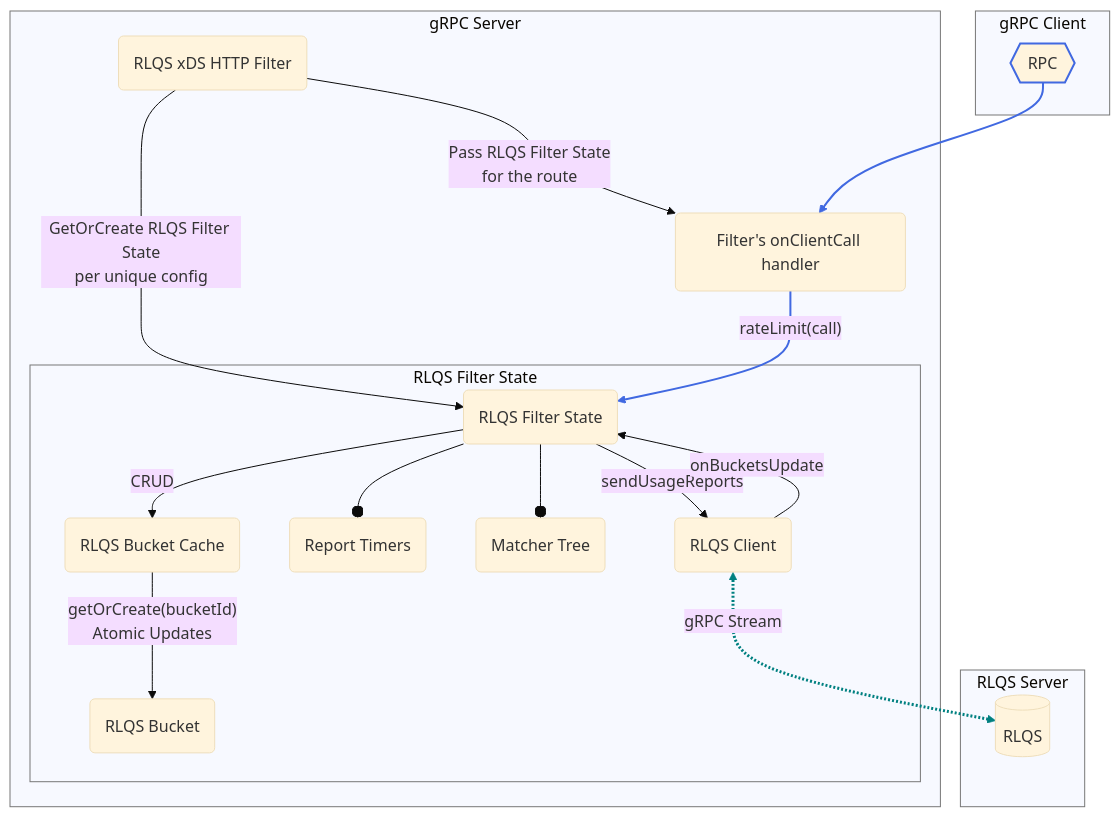
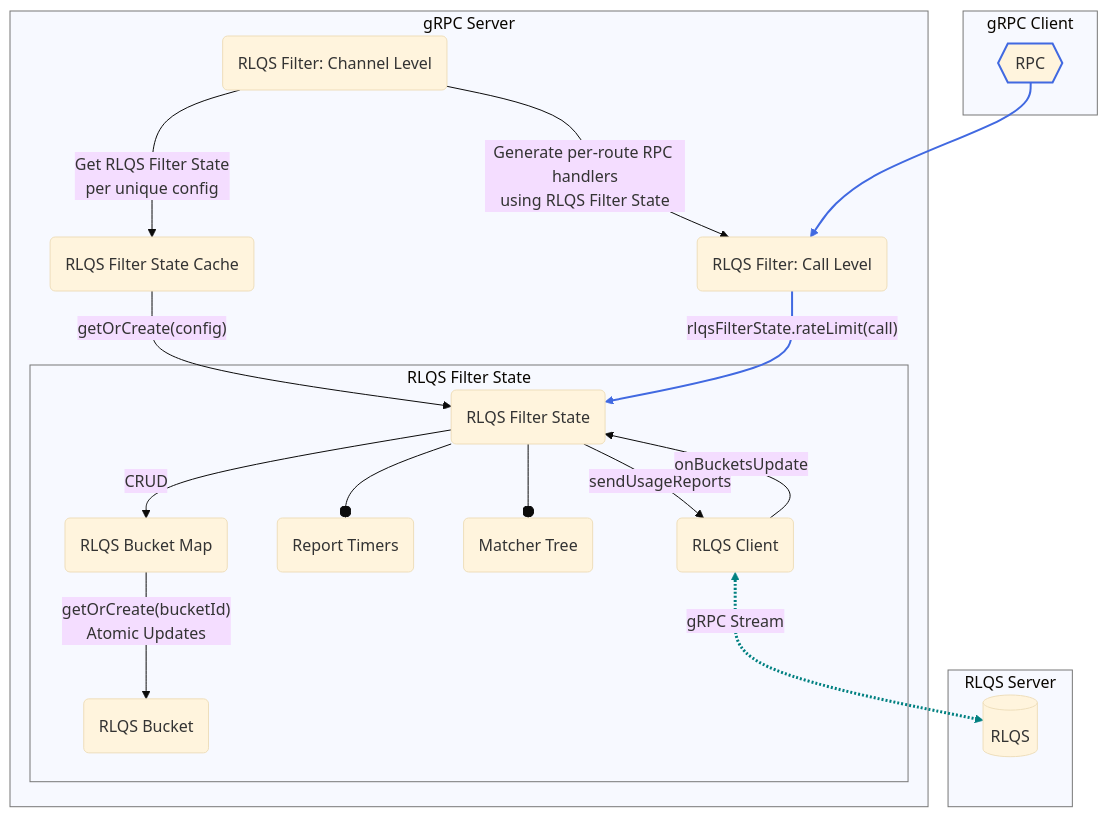
The diagram in A77-xds-rate-limiting-rlqs.md (sergiitk/grfc-proposal), drawn with Mermaid before and after one commit. The commit also changed other lines of this file, not shown here.

Commit message:
rlqs bucket cache -> rlqs bucket map

````diff
--- a/A77-xds-rate-limiting-rlqs.md
+++ b/A77-xds-rate-limiting-rlqs.md
@@ -78,43 +78,44 @@
 ```mermaid
 ---
 config:
   theme: base
   themeVariables:
     clusterBorder: "#777"
 ---
 graph TD
-%% RLQS Components Flowchart v9
+%% RLQS Components Flowchart v10
 
 %% == nodes ==
     subgraph grpc_client_box [gRPC Client]
         request{{RPC}}
     end
     subgraph rlqs_server_box [RLQS Server]
         rlqs[(RLQS)]
     end
     subgraph grpc_server_box [gRPC Server]
-        rlqs_filter(RLQS xDS HTTP Filter)
+        rlqs_filter(RLQS Filter: Channel Level)
+        rlqs_filter_state_cache(RLQS Filter State Cache)
         subgraph rlqs_filter_state_box [RLQS Filter State]
             rlqs_client(RLQS Client)
             rlqs_filter_state(RLQS Filter State)
             report_timers(Report Timers)
             matcher_tree(Matcher Tree)
-            rlqs_bucket_cache(RLQS Bucket Cache)
+            rlqs_bucket_map(RLQS Bucket Map)
             rlqs_bucket(RLQS Bucket)
         end
-        rpc_handler("Filter's onClientCall handler")
+        rpc_handler("RLQS Filter: Call Level")
     end
 %% == edges ==
-    rlqs_filter -- " GetOrCreate RLQS Filter State<br />per unique config " --> rlqs_filter_state
-    rlqs_filter -- " Pass RLQS Filter State<br />for the route " --> rpc_handler -- " rateLimit(call) " --> rlqs_filter_state
+    rlqs_filter -- "Get RLQS Filter State<br />per unique config" --> rlqs_filter_state_cache -- "getOrCreate(config)" --> rlqs_filter_state
+    rlqs_filter -- " Generate per-route RPC handlers<br />using RLQS Filter State " --> rpc_handler -- " rlqsFilterState.rateLimit(call) " --> rlqs_filter_state
     request --> rpc_handler
     rlqs_filter_state --o matcher_tree & report_timers
     rlqs_filter_state -- sendUsageReports --> rlqs_client
-    rlqs_filter_state -- CRUD --> rlqs_bucket_cache
+    rlqs_filter_state -- CRUD --> rlqs_bucket_map
     rlqs_client -- onBucketsUpdate --> rlqs_filter_state
-    rlqs_bucket_cache -- " getOrCreate(bucketId)<br />Atomic Updates " --> rlqs_bucket
+    rlqs_bucket_map -- " getOrCreate(bucketId)<br />Atomic Updates " --> rlqs_bucket
     rlqs_client <-. gRPC Stream .-> rlqs
     style request stroke: RoyalBlue, stroke-width: 2px;
-    linkStyle 2,3 stroke: RoyalBlue, stroke-width: 2px;
-    linkStyle 10 stroke: Teal, stroke-width: 3px;
+    linkStyle 3,4 stroke: RoyalBlue, stroke-width: 2px;
+    linkStyle 11 stroke: Teal, stroke-width: 3px;
 ```
````
